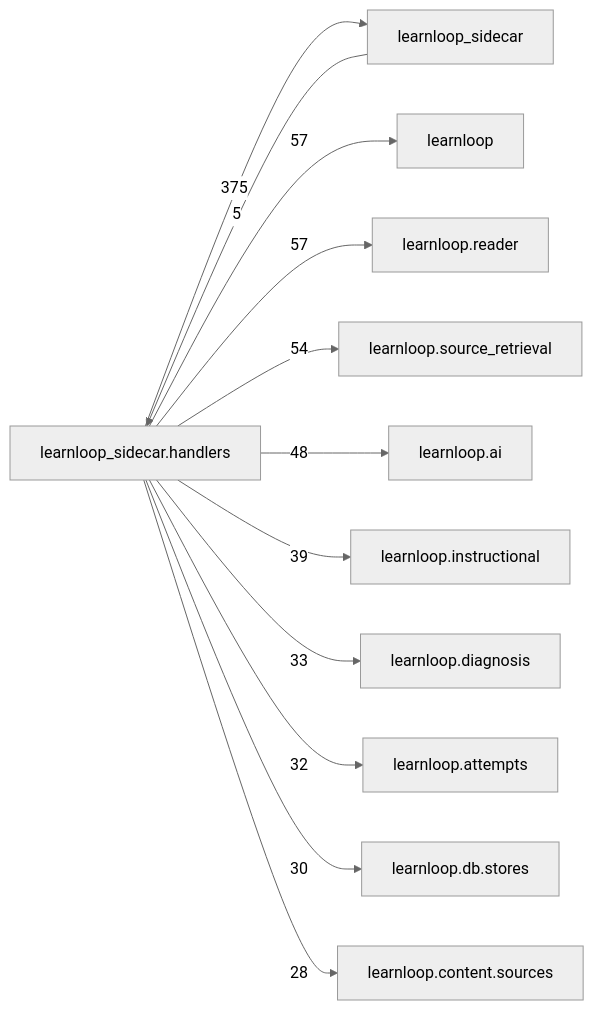
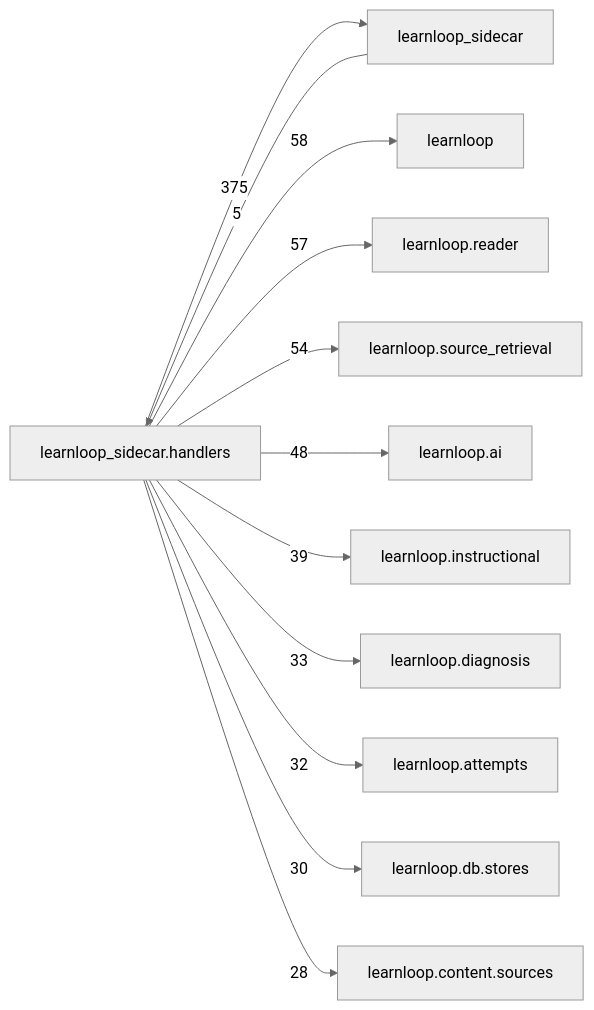
The diagram in docs/learnloop-architecture-vault/Reference/Modules/learnloop_sidecar/handlers/_package.md (6up-b/learnanything), drawn with Mermaid (neutral theme) before and after one commit. The commit also changed other lines of this file and 95 other files, not shown here.

````diff
--- a/docs/learnloop-architecture-vault/Reference/Modules/learnloop_sidecar/handlers/_package.md
+++ b/docs/learnloop-architecture-vault/Reference/Modules/learnloop_sidecar/handlers/_package.md
@@ -287,25 +287,25 @@
 ```mermaid
 flowchart LR
     center["learnloop_sidecar.handlers"]
     n_learnloop_sidecar["learnloop_sidecar"]
     n_learnloop["learnloop"]
     n_learnloop_reader["learnloop.reader"]
     n_learnloop_source_retrieval["learnloop.source_retrieval"]
     n_learnloop_ai["learnloop.ai"]
     n_learnloop_instructional["learnloop.instructional"]
     n_learnloop_diagnosis["learnloop.diagnosis"]
     n_learnloop_attempts["learnloop.attempts"]
     n_learnloop_db_stores["learnloop.db.stores"]
     n_learnloop_content_sources["learnloop.content.sources"]
     n_learnloop_sidecar -->|5| center
     center -->|375| n_learnloop_sidecar
-    center -->|57| n_learnloop
+    center -->|58| n_learnloop
     center -->|57| n_learnloop_reader
     center -->|54| n_learnloop_source_retrieval
     center -->|48| n_learnloop_ai
     center -->|39| n_learnloop_instructional
     center -->|33| n_learnloop_diagnosis
     center -->|32| n_learnloop_attempts
     center -->|30| n_learnloop_db_stores
     center -->|28| n_learnloop_content_sources
 ```
````
